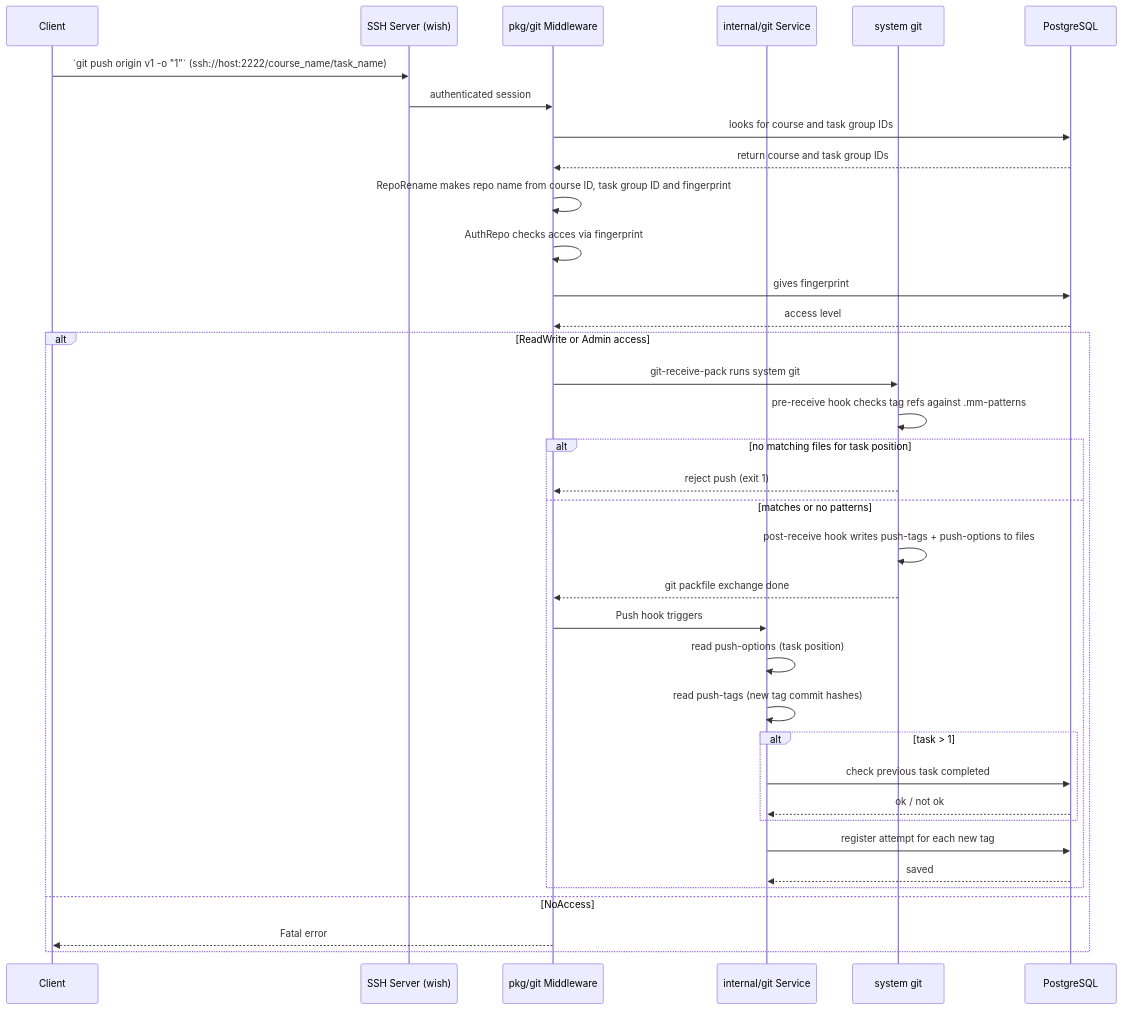
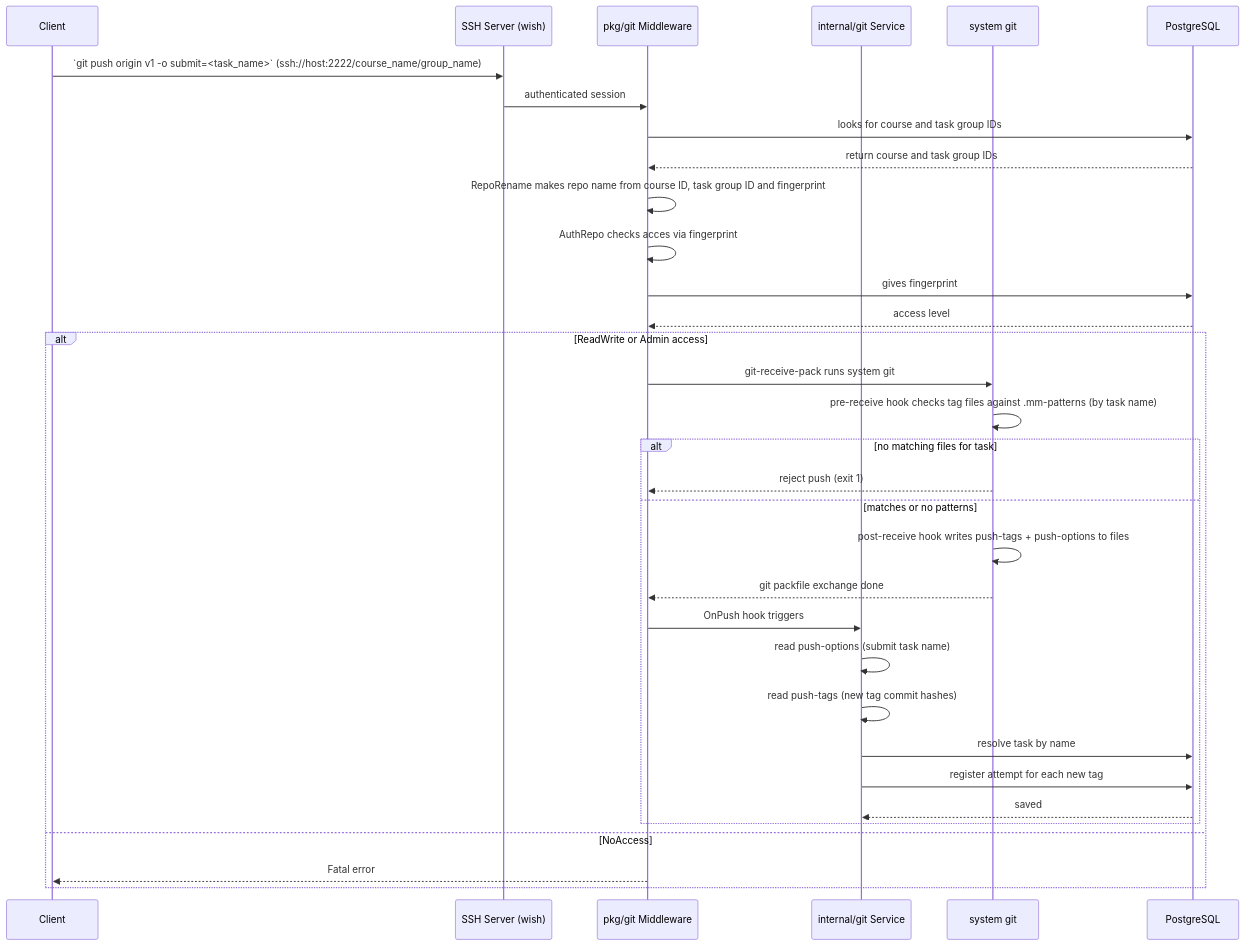
The first of 2 diagrams in internal/git/README.md (dsc-sgu/mm-backend), drawn with Mermaid before and after one commit. The commit also changed other lines of this file and 17 other files, not shown here.

````diff
--- a/internal/git/README.md
+++ b/internal/git/README.md
@@ -9,39 +9,36 @@
 ```mermaid
 sequenceDiagram
     participant C as Client
     participant SSH as SSH Server (wish)
     participant MW as pkg/git Middleware
     participant Svc as internal/git Service
     participant Git as system git
     participant DB as PostgreSQL
 
-    C->>SSH: `git push origin v1 -o "1"` (ssh://host:2222/course_name/task_name)
+    C->>SSH: `git push origin v1 -o submit=<task_name>` (ssh://host:2222/course_name/group_name)
     SSH->>MW: authenticated session
     MW->>DB: looks for course and task group IDs
     DB-->>MW: return course and task group IDs
     MW->>MW: RepoRename makes repo name from course ID, task group ID and fingerprint
     MW->>MW: AuthRepo checks acces via fingerprint
     MW->>DB: gives fingerprint     
     DB-->>MW: access level
     alt ReadWrite or Admin access
         MW->>Git: git-receive-pack runs system git
-        Git->>Git: pre-receive hook checks tag refs against .mm-patterns
-        alt no matching files for task position
+        Git->>Git: pre-receive hook checks tag files against .mm-patterns (by task name)
+        alt no matching files for task
             Git-->>MW: reject push (exit 1)
         else matches or no patterns
             Git->>Git: post-receive hook writes push-tags + push-options to files
             Git-->>MW: git packfile exchange done
-            MW->>Svc: Push hook triggers
-            Svc->>Svc: read push-options (task position)
+            MW->>Svc: OnPush hook triggers
+            Svc->>Svc: read push-options (submit task name)
             Svc->>Svc: read push-tags (new tag commit hashes)
-            alt task > 1
-                Svc->>DB: check previous task completed
-                DB-->>Svc: ok / not ok
-            end
+            Svc->>DB: resolve task by name
             Svc->>DB: register attempt for each new tag
             DB-->>Svc: saved
         end
     else NoAccess
         MW-->>C: Fatal error
     end
 ```
````
